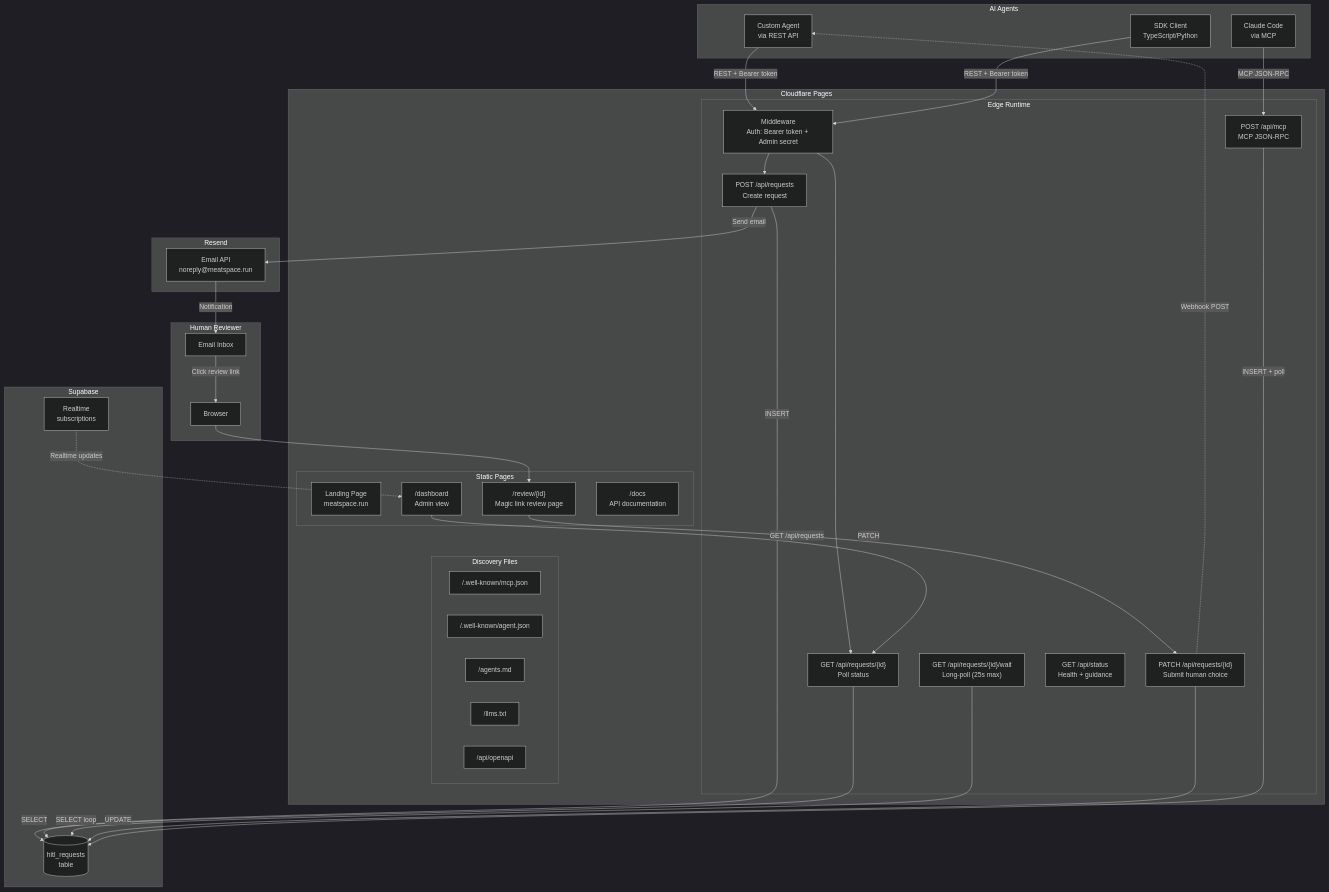
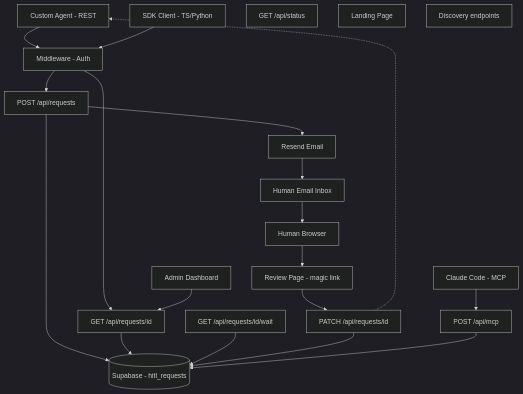
The second of 3 diagrams in docs/diagrams.md (zmarten/meatspace), drawn with Mermaid (dark theme) before and after one commit. The commit also changed other lines of this file, not shown here.

First line of the commit message:
simplify diagrams for GitHub Mermaid renderer

````diff
--- a/docs/diagrams.md
+++ b/docs/diagrams.md
@@ -51,70 +43,47 @@
 ```mermaid
 graph TB
-    subgraph Agents["AI Agents"]
-        A1[Claude Code<br/>via MCP]
-        A2[Custom Agent<br/>via REST API]
-        A3[SDK Client<br/>TypeScript/Python]
-    end
+    A1[Claude Code - MCP]
+    A2[Custom Agent - REST]
+    A3[SDK Client - TS/Python]
 
-    subgraph CF["Cloudflare Pages"]
-        subgraph Edge["Edge Runtime"]
-            MW[Middleware<br/>Auth: Bearer token + Admin secret]
-            API_REQ["POST /api/requests<br/>Create request"]
-            API_POLL["GET /api/requests/{id}<br/>Poll status"]
-            API_WAIT["GET /api/requests/{id}/wait<br/>Long-poll (25s max)"]
-            API_PATCH["PATCH /api/requests/{id}<br/>Submit human choice"]
-            API_MCP["POST /api/mcp<br/>MCP JSON-RPC"]
-            API_STATUS["GET /api/status<br/>Health + guidance"]
-        end
-        subgraph Static["Static Pages"]
-            LANDING[Landing Page<br/>meatspace.run]
-            REVIEW["/review/{id}<br/>Magic link review page"]
-            DASH["/dashboard<br/>Admin view"]
-            DOCS["/docs<br/>API documentation"]
-        end
-        subgraph Discovery["Discovery Files"]
-            MCP_JSON["/.well-known/mcp.json"]
-            AGENT_JSON["/.well-known/agent.json"]
-            AGENTS_MD["/agents.md"]
-            LLMS["/llms.txt"]
-            OPENAPI["/api/openapi"]
-        end
-    end
+    MW[Middleware - Auth]
+    CREATE[POST /api/requests]
+    POLL[GET /api/requests/id]
+    WAIT[GET /api/requests/id/wait]
+    PATCH[PATCH /api/requests/id]
+    MCP[POST /api/mcp]
+    STATUS[GET /api/status]
 
-    subgraph Supabase["Supabase"]
-        DB[(hitl_requests<br/>table)]
-        RT[Realtime<br/>subscriptions]
-    end
+    LANDING[Landing Page]
+    REVIEW[Review Page - magic link]
+    DASHBOARD[Admin Dashboard]
 
-    subgraph Resend["Resend"]
-        EMAIL[Email API<br/>noreply@meatspace.run]
-    end
+    DISCOVERY[Discovery endpoints]
 
-    subgraph Human["Human Reviewer"]
-        INBOX[Email Inbox]
-        BROWSER[Browser]
-    end
+    DB[(Supabase - hitl_requests)]
+    EMAIL[Resend Email]
+    INBOX[Human Email Inbox]
+    BROWSER[Human Browser]
 
-    A1 -->|MCP JSON-RPC| API_MCP
-    A2 -->|REST + Bearer token| MW
-    A3 -->|REST + Bearer token| MW
-    MW --> API_REQ
-    MW --> API_POLL
+    A1 --> MCP
+    A2 --> MW
+    A3 --> MW
+    MW --> CREATE
+    MW --> POLL
 
-    API_REQ -->|INSERT| DB
-    API_REQ -->|Send email| EMAIL
-    API_POLL -->|SELECT| DB
-    API_WAIT -->|SELECT loop| DB
-    API_PATCH -->|UPDATE| DB
-    API_MCP -->|INSERT + poll| DB
+    CREATE --> DB
+    CREATE --> EMAIL
+    POLL --> DB
+    WAIT --> DB
+    PATCH --> DB
+    MCP --> DB
 
-    EMAIL -->|Notification| INBOX
-    INBOX -->|Click review link| BROWSER
+    EMAIL --> INBOX
+    INBOX --> BROWSER
     BROWSER --> REVIEW
-    REVIEW -->|PATCH| API_PATCH
+    REVIEW --> PATCH
 
-    API_PATCH -.->|Webhook POST| A2
+    PATCH -.-> A2
 
-    DASH -->|GET /api/requests| API_POLL
-    RT -.->|Realtime updates| DASH
+    DASHBOARD --> POLL
 ```
````
